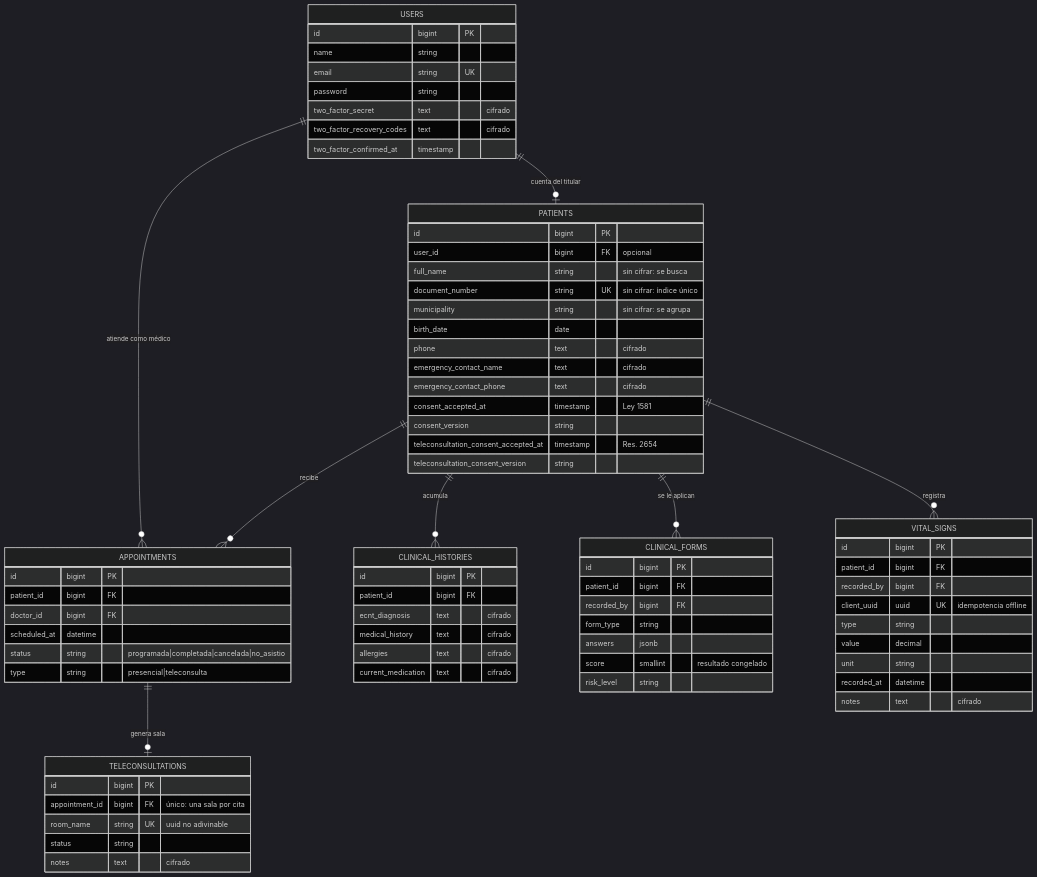
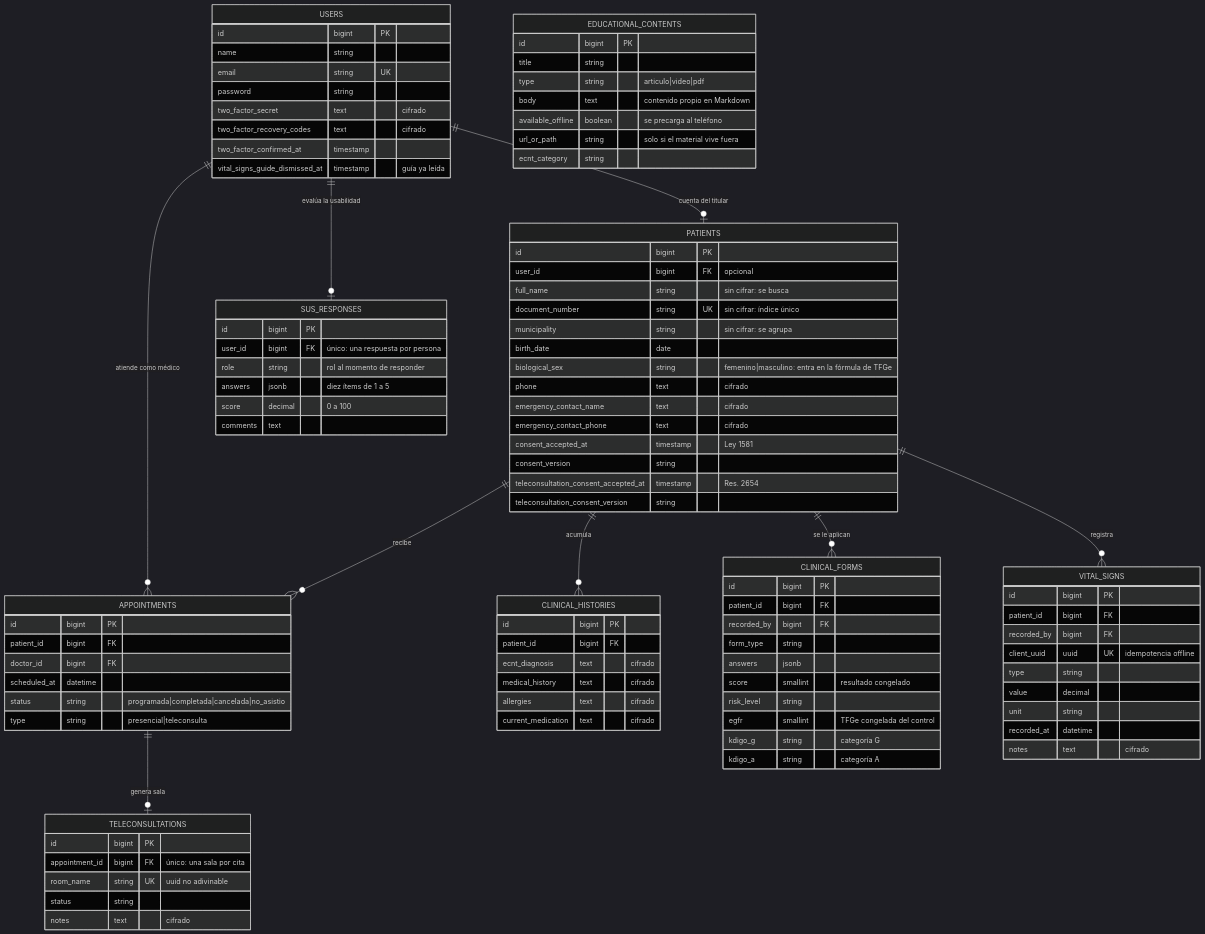
One commit to Bello2005/nefrChoco-project changed the third of 6 diagrams in docs/arquitectura.md. Above: the diagram before and after it, drawn with Mermaid (dark theme). The commit also changed other lines of this file and 9 other files, not shown here.

```diff
--- a/docs/arquitectura.md
+++ b/docs/arquitectura.md
@@ -86,6 +87,7 @@
     PATIENTS ||--o{ CLINICAL_FORMS : "se le aplican"
     PATIENTS ||--o{ VITAL_SIGNS : "registra"
     APPOINTMENTS ||--o| TELECONSULTATIONS : "genera sala"
+    USERS ||--o| SUS_RESPONSES : "evalúa la usabilidad"
 
     USERS {
         id bigint PK
@@ -95,6 +97,7 @@
         two_factor_secret text "cifrado"
         two_factor_recovery_codes text "cifrado"
         two_factor_confirmed_at timestamp
+        vital_signs_guide_dismissed_at timestamp "guía ya leída"
     }
 
     PATIENTS {
@@ -104,6 +107,7 @@
         document_number string UK "sin cifrar: índice único"
         municipality string "sin cifrar: se agrupa"
         birth_date date
+        biological_sex string "femenino|masculino: entra en la fórmula de TFGe"
         phone text "cifrado"
         emergency_contact_name text "cifrado"
         emergency_contact_phone text "cifrado"
@@ -147,6 +151,28 @@
         answers jsonb
         score smallint "resultado congelado"
         risk_level string
+        egfr smallint "TFGe congelada del control"
+        kdigo_g string "categoría G"
+        kdigo_a string "categoría A"
+    }
+
+    EDUCATIONAL_CONTENTS {
+        id bigint PK
+        title string
+        type string "articulo|video|pdf"
+        body text "contenido propio en Markdown"
+        available_offline boolean "se precarga al teléfono"
+        url_or_path string "solo si el material vive fuera"
+        ecnt_category string
+    }
+
+    SUS_RESPONSES {
+        id bigint PK
+        user_id bigint FK "único: una respuesta por persona"
+        role string "rol al momento de responder"
+        answers jsonb "diez ítems de 1 a 5"
+        score decimal "0 a 100"
+        comments text
     }
 
     VITAL_SIGNS {
```
